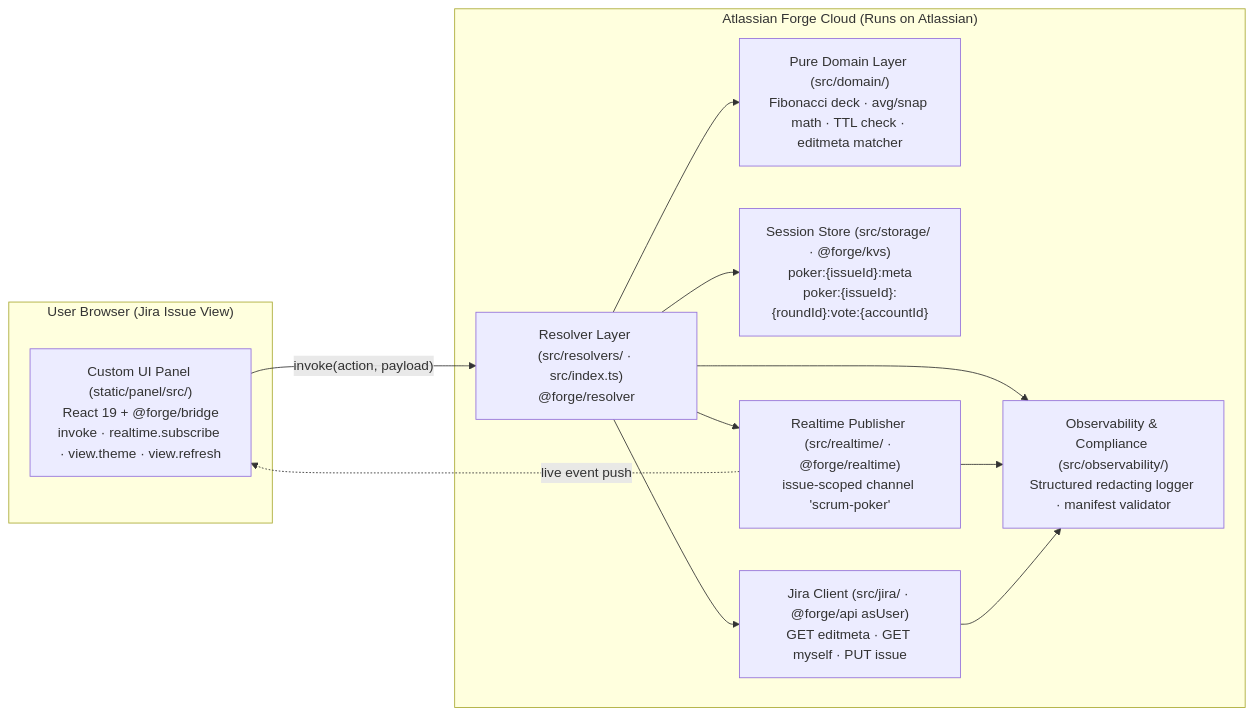
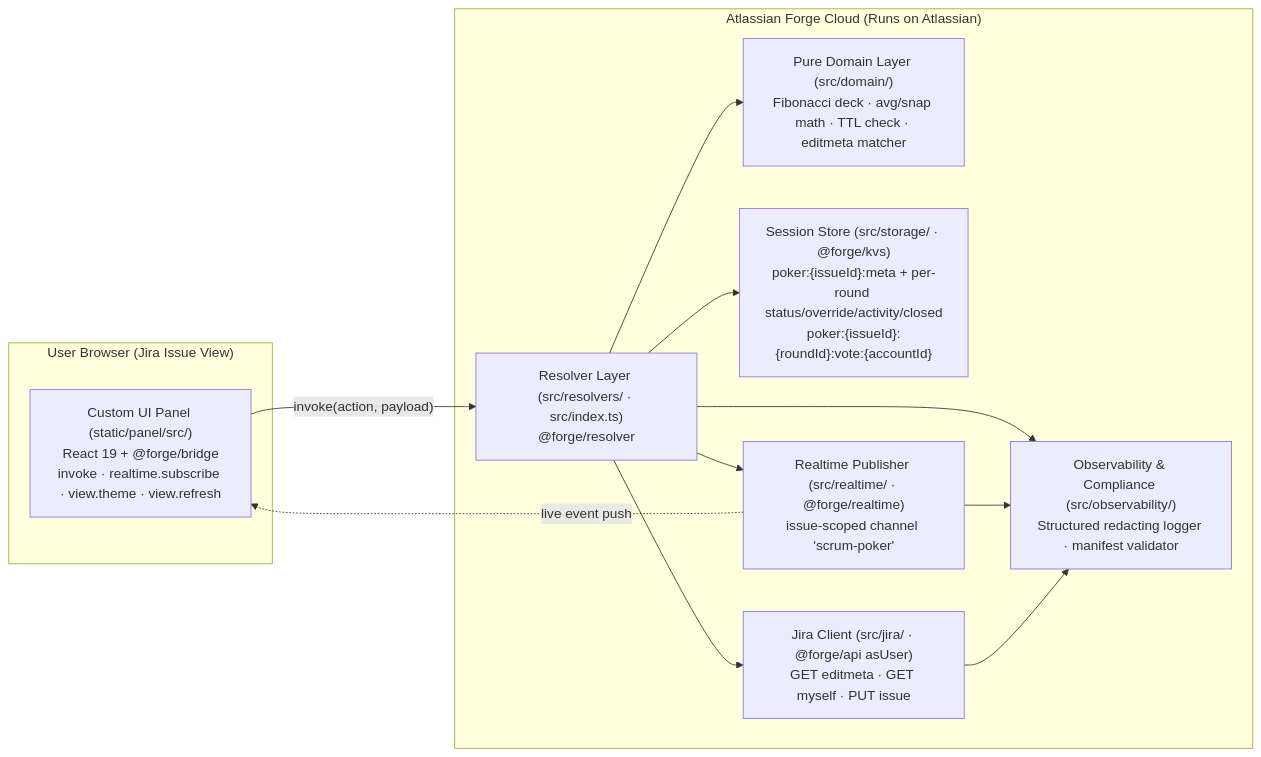
Before and after one commit to edipal/jira-scrum-poker: the diagram in .lintel/steering/architecture.md, drawn with Mermaid. The commit also changed other lines of this file and 159 other files, not shown here.

````diff
--- a/.lintel/steering/architecture.md
+++ b/.lintel/steering/architecture.md
@@ -7,23 +7,23 @@
 ```mermaid
 flowchart LR
   subgraph browser["User Browser (Jira Issue View)"]
     ui["Custom UI Panel (static/panel/src/)<br/>React 19 + @forge/bridge<br/>invoke · realtime.subscribe · view.theme · view.refresh"]
   end
   subgraph forge["Atlassian Forge Cloud (Runs on Atlassian)"]
     res["Resolver Layer (src/resolvers/ · src/index.ts)<br/>@forge/resolver"]
     dom["Pure Domain Layer (src/domain/)<br/>Fibonacci deck · avg/snap math · TTL check · editmeta matcher"]
     obs["Observability & Compliance (src/observability/)<br/>Structured redacting logger · manifest validator"]
-    kvs["Session Store (src/storage/ · @forge/kvs)<br/>poker:{issueId}:meta<br/>poker:{issueId}:{roundId}:vote:{accountId}"]
+    kvs["Session Store (src/storage/ · @forge/kvs)<br/>poker:{issueId}:meta + per-round status/override/activity/closed<br/>poker:{issueId}:{roundId}:vote:{accountId}"]
     rt["Realtime Publisher (src/realtime/ · @forge/realtime)<br/>issue-scoped channel 'scrum-poker'"]
     jira["Jira Client (src/jira/ · @forge/api asUser)<br/>GET editmeta · GET myself · PUT issue"]
   end
   ui -- "invoke(action, payload)" --> res
   rt -. "live event push" .-> ui
   res --> dom
   res --> kvs
   res --> rt
   res --> jira
   res --> obs
   rt --> obs
   jira --> obs
 ```
````
